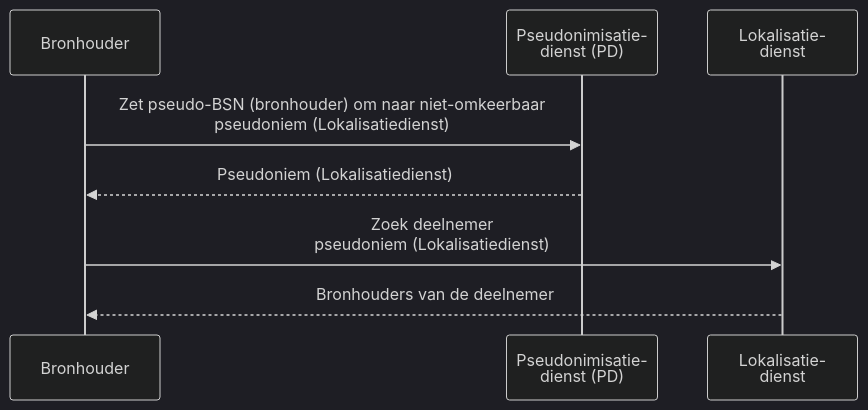
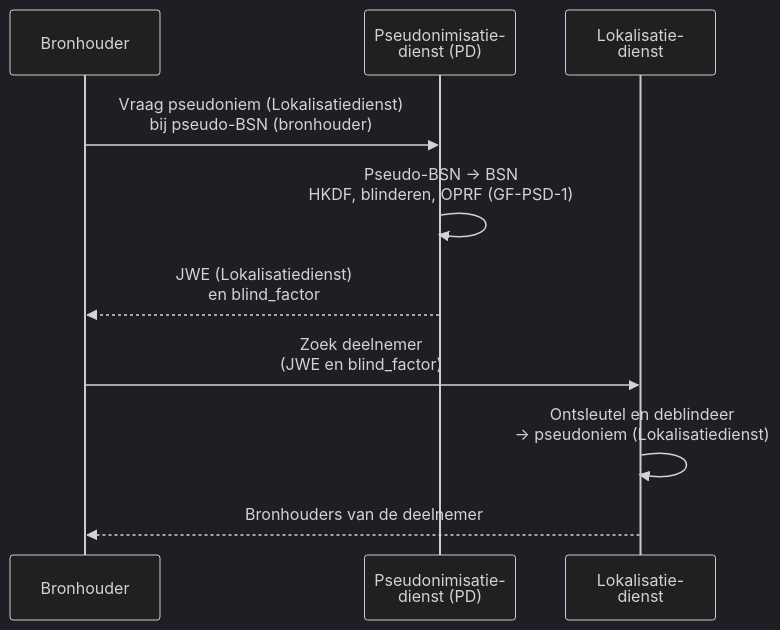
Before and after one commit to minvws/generiekefuncties-docs: the seventh of 9 diagrams in input/pagecontent/identification-sg.md, drawn with Mermaid (dark theme). The commit also changed other lines of this file and 2 other files, not shown here.

````diff
--- a/input/pagecontent/identification-sg.md
+++ b/input/pagecontent/identification-sg.md
@@ -327,11 +301,13 @@
 ```mermaid
 sequenceDiagram
     participant bronhouder as Bronhouder
     participant pd as Pseudonimisatie-<br/>dienst (PD)
     participant ld as Lokalisatie-<br/>dienst
 
-    bronhouder->>pd: Zet pseudo-BSN (bronhouder) om naar niet-omkeerbaar<br/>pseudoniem (Lokalisatiedienst)
-    pd-->>bronhouder: Pseudoniem (Lokalisatiedienst)
-    bronhouder->>ld: Zoek deelnemer<br/>pseudoniem (Lokalisatiedienst)
+    bronhouder->>pd: Vraag pseudoniem (Lokalisatiedienst)<br/>bij pseudo-BSN (bronhouder)
+    pd->>pd: Pseudo-BSN → BSN<br/>HKDF, blinderen, OPRF (GF-PSD-1)
+    pd-->>bronhouder: JWE (Lokalisatiedienst)<br/>en blind_factor
+    bronhouder->>ld: Zoek deelnemer<br/>(JWE en blind_factor)
+    ld->>ld: Ontsleutel en deblindeer<br/>→ pseudoniem (Lokalisatiedienst)
     ld-->>bronhouder: Bronhouders van de deelnemer
 ```
````
